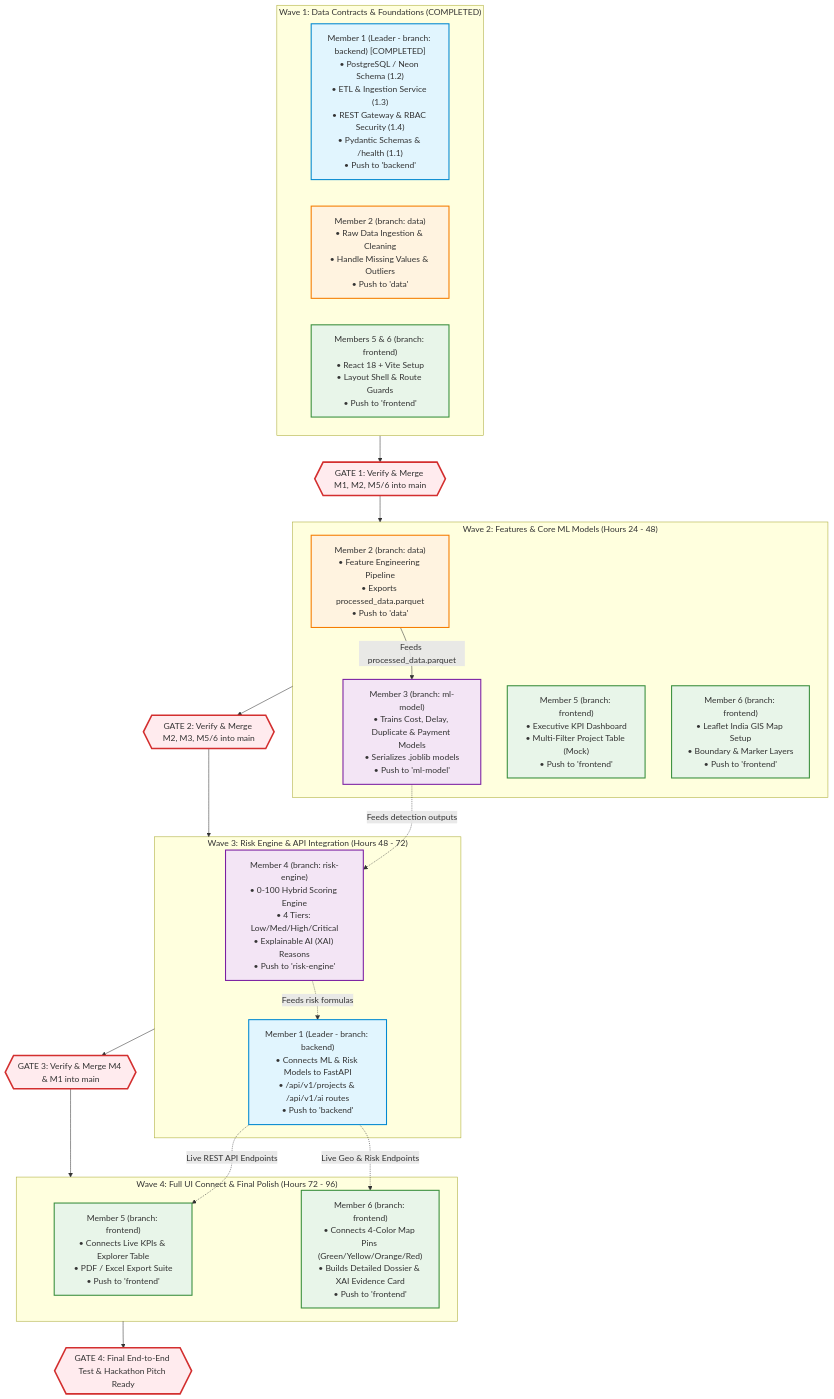
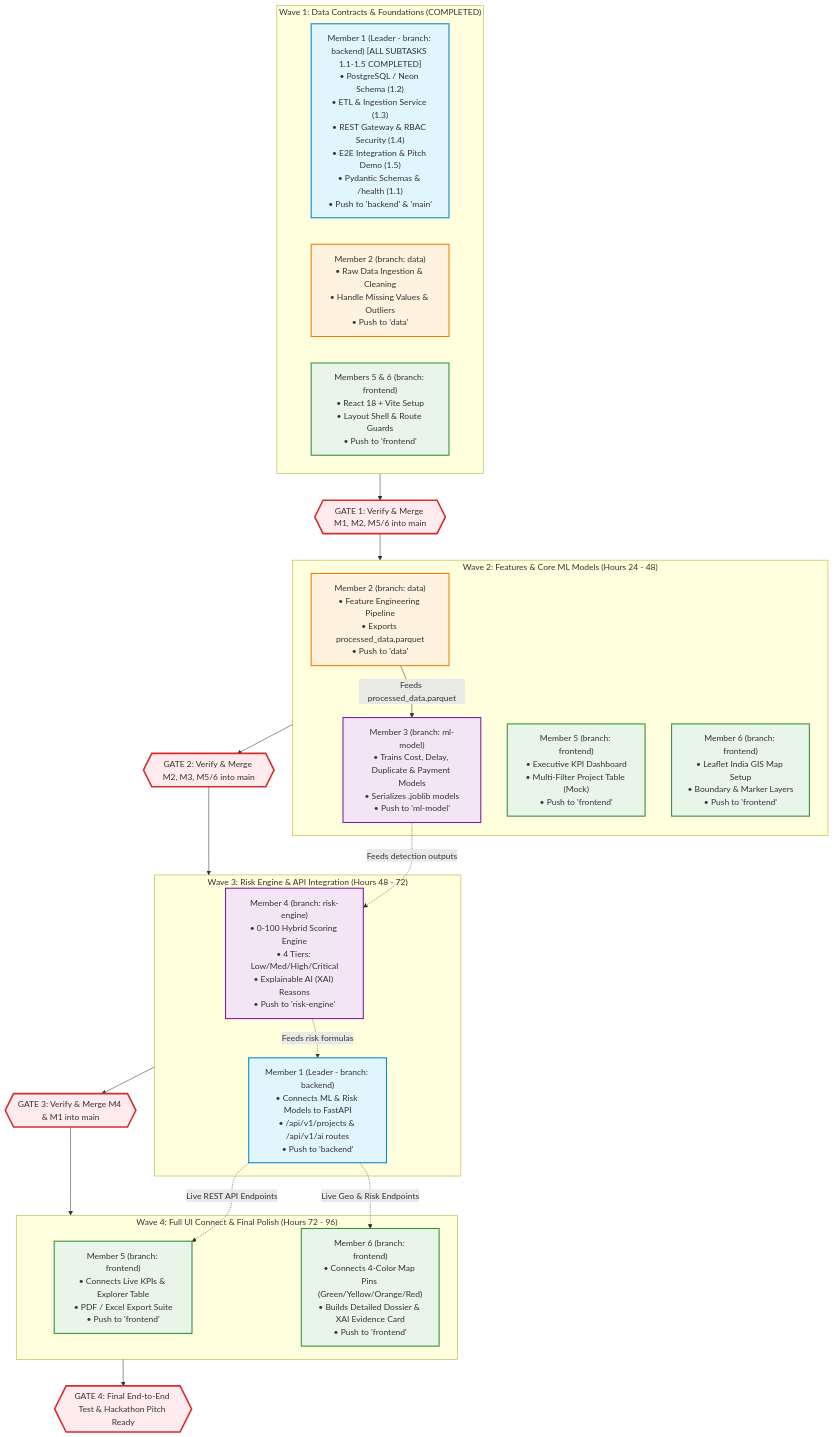
The diagram in docs/TEAM_EXECUTION_TIMELINE.md (ManasPatel0/MPLAD-AI), drawn with Mermaid before and after one commit. The commit also changed 14 other files, not shown here.

Commit message:
feat(integration): complete Subtask 1.5 end-to-end integration, CI pipeline & hackathon demo suite

````diff
--- a/docs/TEAM_EXECUTION_TIMELINE.md
+++ b/docs/TEAM_EXECUTION_TIMELINE.md
@@ -11,48 +11,48 @@
 ```mermaid
 flowchart TD
     classDef lead fill:#e1f5fe,stroke:#0288d1,stroke-width:2px;
     classDef data fill:#fff3e0,stroke:#f57c00,stroke-width:2px;
     classDef ml fill:#f3e5f5,stroke:#7b1fa2,stroke-width:2px;
     classDef ui fill:#e8f5e9,stroke:#388e3c,stroke-width:2px;
     classDef gate fill:#ffebee,stroke:#d32f2f,stroke-width:3px;
 
     subgraph W1["Wave 1: Data Contracts & Foundations (COMPLETED)"]
-        M1_1["Member 1 (Leader - branch: backend) [COMPLETED]\n• PostgreSQL / Neon Schema (1.2)\n• ETL & Ingestion Service (1.3)\n• REST Gateway & RBAC Security (1.4)\n• Pydantic Schemas & /health (1.1)\n• Push to 'backend'"]:::lead
+        M1_1["Member 1 (Leader - branch: backend) [ALL SUBTASKS 1.1-1.5 COMPLETED]\n• PostgreSQL / Neon Schema (1.2)\n• ETL & Ingestion Service (1.3)\n• REST Gateway & RBAC Security (1.4)\n• E2E Integration & Pitch Demo (1.5)\n• Pydantic Schemas & /health (1.1)\n• Push to 'backend' & 'main'"]:::lead
         M2_1["Member 2 (branch: data)\n• Raw Data Ingestion & Cleaning\n• Handle Missing Values & Outliers\n• Push to 'data'"]:::data
         M56_1["Members 5 & 6 (branch: frontend)\n• React 18 + Vite Setup\n• Layout Shell & Route Guards\n• Push to 'frontend'"]:::ui
     end
 
     G1{{"GATE 1: Verify & Merge M1, M2, M5/6 into main"}}:::gate
     W1 --> G1
 
     subgraph W2["Wave 2: Features & Core ML Models (Hours 24 - 48)"]
         M2_2["Member 2 (branch: data)\n• Feature Engineering Pipeline\n• Exports processed_data.parquet\n• Push to 'data'"]:::data
         M3_1["Member 3 (branch: ml-model)\n• Trains Cost, Delay, Duplicate & Payment Models\n• Serializes .joblib models\n• Push to 'ml-model'"]:::ml
         M5_1["Member 5 (branch: frontend)\n• Executive KPI Dashboard\n• Multi-Filter Project Table (Mock)\n• Push to 'frontend'"]:::ui
         M6_1["Member 6 (branch: frontend)\n• Leaflet India GIS Map Setup\n• Boundary & Marker Layers\n• Push to 'frontend'"]:::ui
     end
 
     G1 --> W2
     M2_2 -->|"Feeds processed_data.parquet"| M3_1
     W2 --> G2{{"GATE 2: Verify & Merge M2, M3, M5/6 into main"}}:::gate
 
     subgraph W3["Wave 3: Risk Engine & API Integration (Hours 48 - 72)"]
         M4_1["Member 4 (branch: risk-engine)\n• 0-100 Hybrid Scoring Engine\n• 4 Tiers: Low/Med/High/Critical\n• Explainable AI (XAI) Reasons\n• Push to 'risk-engine'"]:::ml
         M1_2["Member 1 (Leader - branch: backend)\n• Connects ML & Risk Models to FastAPI\n• /api/v1/projects & /api/v1/ai routes\n• Push to 'backend'"]:::lead
     end
 
     G2 --> W3
     M3_1 -.->|"Feeds detection outputs"| M4_1
     M4_1 -.->|"Feeds risk formulas"| M1_2
     W3 --> G3{{"GATE 3: Verify & Merge M4 & M1 into main"}}:::gate
 
     subgraph W4["Wave 4: Full UI Connect & Final Polish (Hours 72 - 96)"]
         M5_2["Member 5 (branch: frontend)\n• Connects Live KPIs & Explorer Table\n• PDF / Excel Export Suite\n• Push to 'frontend'"]:::ui
         M6_2["Member 6 (branch: frontend)\n• Connects 4-Color Map Pins (Green/Yellow/Orange/Red)\n• Builds Detailed Dossier & XAI Evidence Card\n• Push to 'frontend'"]:::ui
     end
 
     G3 --> W4
     M1_2 -.->|"Live REST API Endpoints"| M5_2
     M1_2 -.->|"Live Geo & Risk Endpoints"| M6_2
     W4 --> G4{{"GATE 4: Final End-to-End Test & Hackathon Pitch Ready"}}:::gate
 ```
````
